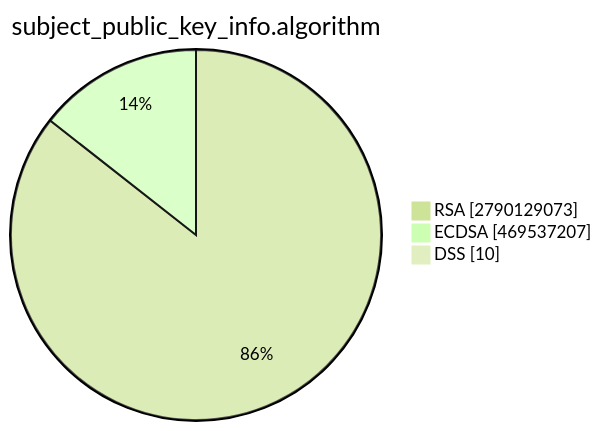
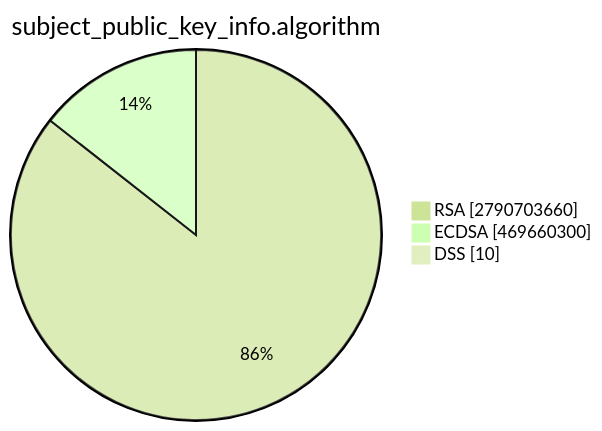
The second of 15 diagrams in TOTAL/README.md (christiankrug/ctmonitor_visualization), drawn with Mermaid (forest theme) before and after one commit. The commit also changed other lines of this file, not shown here.

````diff
--- a/TOTAL/README.md
+++ b/TOTAL/README.md
@@ -6,7 +6,7 @@
 ```mermaid
 pie showData
 title subject_public_key_info.algorithm
-"RSA" :2790129073
-"ECDSA" :469537207
+"RSA" :2790703660
+"ECDSA" :469660300
 "DSS" :10
 ```
````
